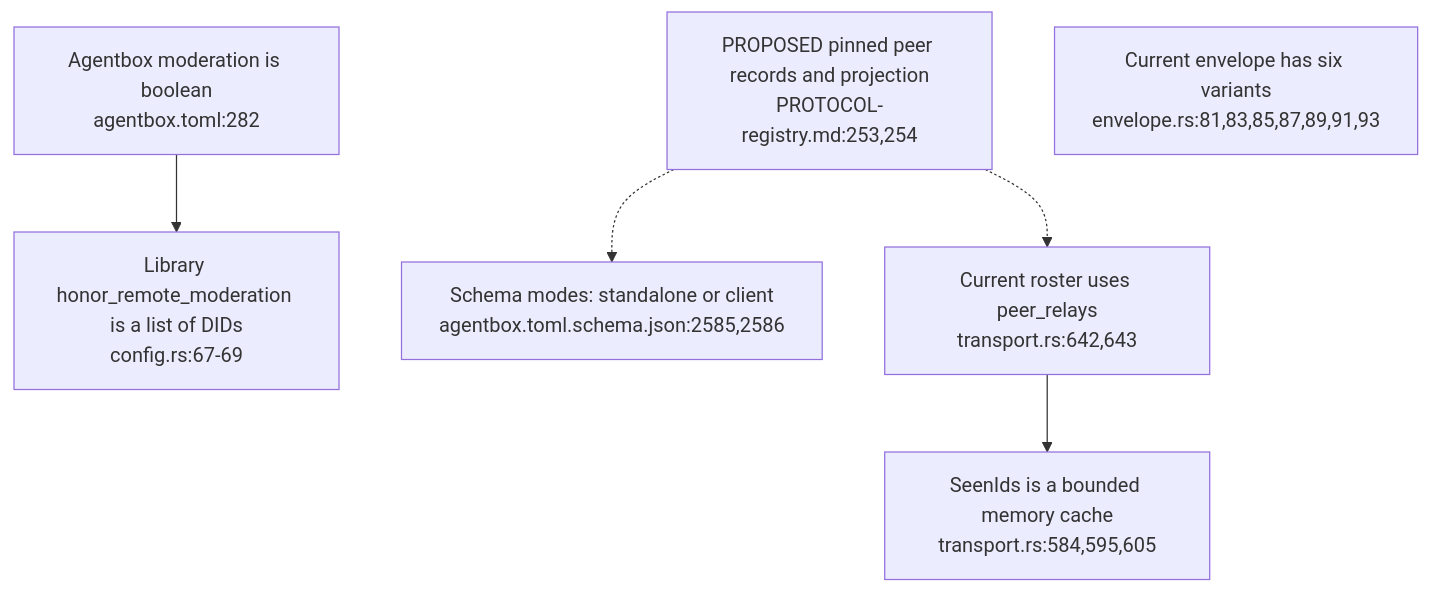
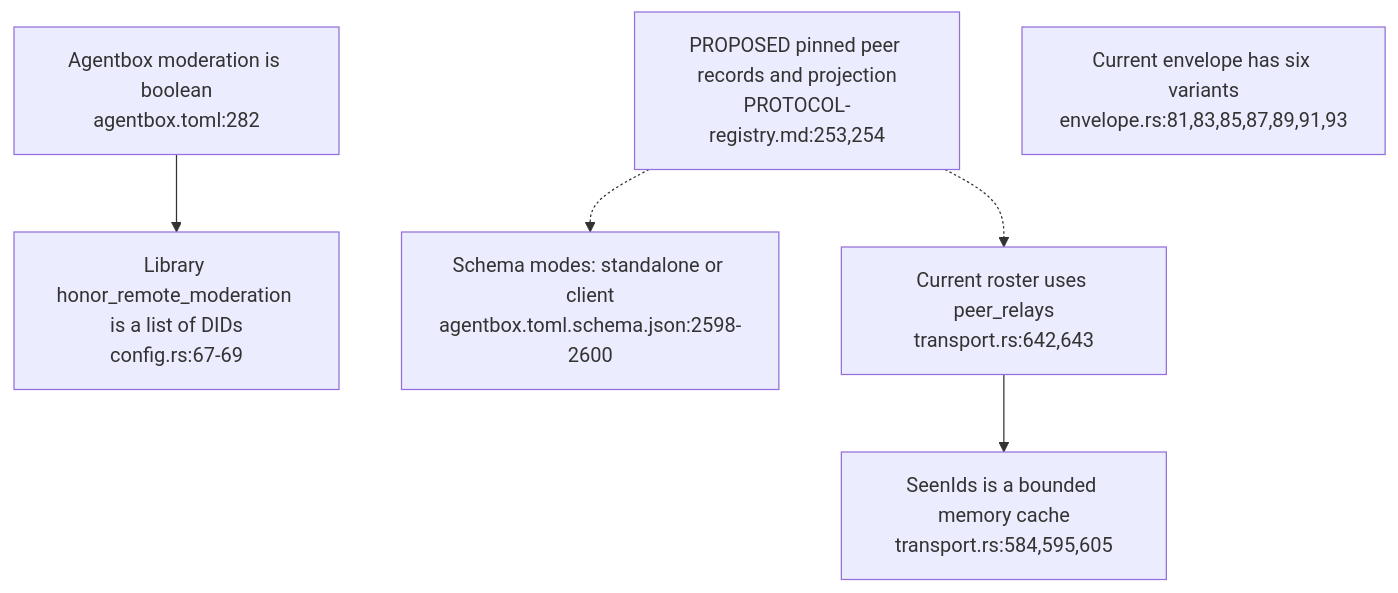
Before and after one commit to DreamLab-AI/VisionFlow: the first of 4 diagrams in docs/diagrams/agentbox/37-mesh-signer-and-recovery.md, drawn with Mermaid. The commit also changed other lines of this file and 36 other files, not shown here.

First line of the commit message:
docs(diagrams): re-derive and re-stamp agentbox, dream-engine, visioncraft, visiontouch and vowl topics; drop LAN addresses

````diff
--- a/docs/diagrams/agentbox/37-mesh-signer-and-recovery.md
+++ b/docs/diagrams/agentbox/37-mesh-signer-and-recovery.md
@@ -34,9 +34,9 @@
 ```mermaid
 flowchart TD
     MAN["Agentbox moderation is boolean<br/>agentbox.toml:282"] --> FAIL["Library honor_remote_moderation is a list of DIDs<br/>config.rs:67-69"]
-    SCHEMA["Schema modes: standalone or client<br/>agentbox.toml.schema.json:2585,2586"]
+    SCHEMA["Schema modes: standalone or client<br/>agentbox.toml.schema.json:2598-2600"]
     PEERS["PROPOSED pinned peer records and projection<br/>PROTOCOL-registry.md:253,254"] -.-> SCHEMA
     PEERS -.-> LIB["Current roster uses peer_relays<br/>transport.rs:642,643"]
     LIB --> CACHE["SeenIds is a bounded memory cache<br/>transport.rs:584,595,605"]
     TYPES["Current envelope has six variants<br/>envelope.rs:81,83,85,87,89,91,93"]
 ```
````
